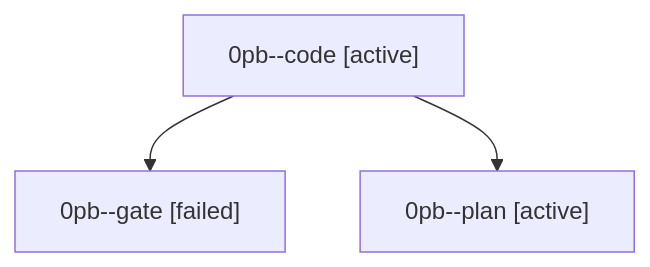
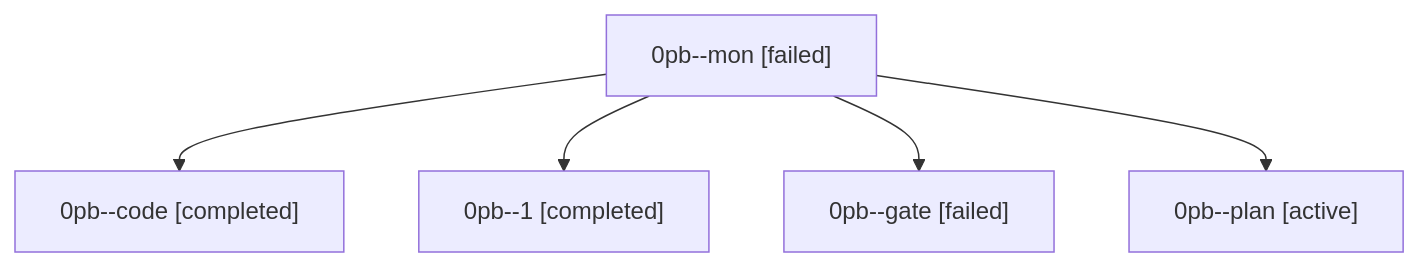
Before and after one commit to sase-org/sase--agents: the diagram in families/bbugyi200.athena.0pb.md, drawn with Mermaid. The commit also changed other lines of this file and 35830 other files, not shown here.

````diff
--- a/families/bbugyi200.athena.0pb.md
+++ b/families/bbugyi200.athena.0pb.md
@@ -9,8 +9,12 @@
 ```mermaid
 flowchart TD
-  n0["0pb--code [active]"]
-  n1["0pb--gate [failed]"]
+  n0["0pb--mon [failed]"]
+  n1["0pb--code [completed]"]
   n0 --> n1
-  n2["0pb--plan [active]"]
+  n2["0pb--1 [completed]"]
   n0 --> n2
+  n3["0pb--gate [failed]"]
+  n0 --> n3
+  n4["0pb--plan [active]"]
+  n0 --> n4
 ```
````
